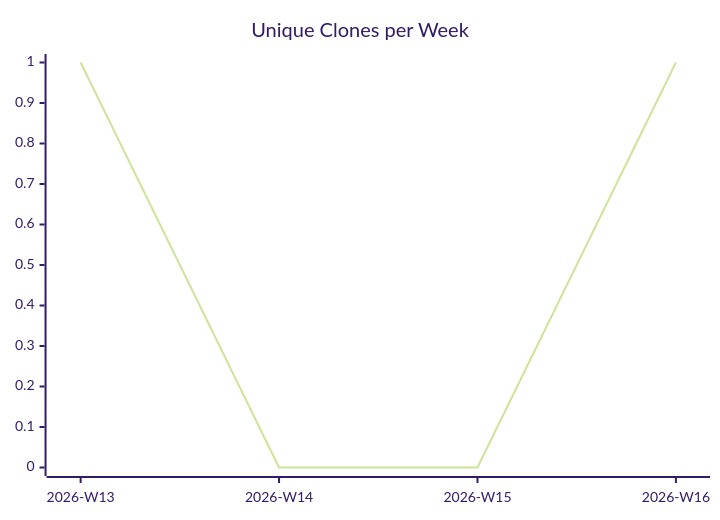
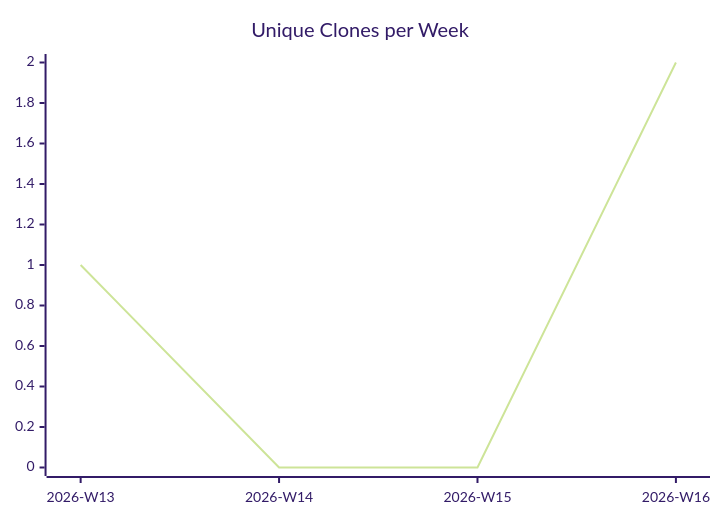
The third of 3 diagrams in karlmdavis/datanucleus-test-jdo-1-to-n/README.md (justdavis-family/github-analytics-data), drawn with Mermaid (forest theme) before and after one commit. The commit also changed other lines of this file and 181 other files, not shown here.

````diff
--- a/karlmdavis/datanucleus-test-jdo-1-to-n/README.md
+++ b/karlmdavis/datanucleus-test-jdo-1-to-n/README.md
@@ -19,6 +19,6 @@
 ```mermaid
 xychart-beta
   title "Unique Clones per Week"
   x-axis ["2026-W13", "2026-W14", "2026-W15", "2026-W16"]
-  line [1, 0, 0, 1]
+  line [1, 0, 0, 2]
 ```
````
